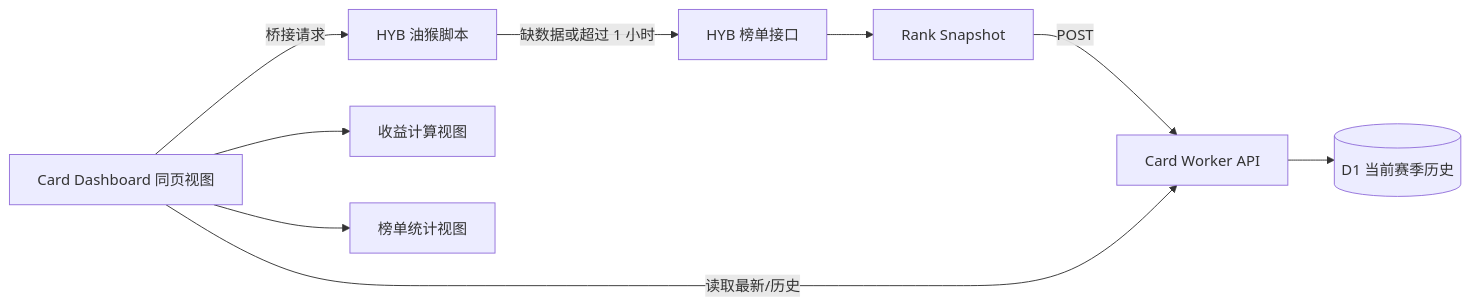
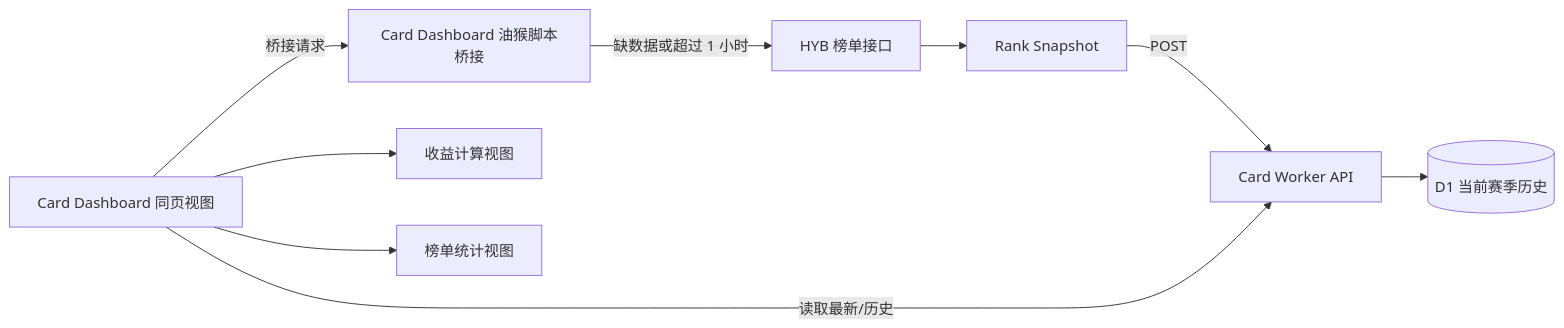
The diagram in docs/superpowers/specs/2026-08-05-card-rankings-design.md (GuDong2003/hyb-card-dashboard), drawn with Mermaid before and after one commit. The commit also changed other lines of this file, not shown here.

Commit message:
docs: restrict ranking sync to card dashboard

````diff
--- a/docs/superpowers/specs/2026-08-05-card-rankings-design.md
+++ b/docs/superpowers/specs/2026-08-05-card-rankings-design.md
@@ -28,11 +29,11 @@
 ```mermaid
 flowchart LR
-    A[HYB 油猴脚本] -->|缺数据或超过 1 小时| B[HYB 榜单接口]
+    A[Card Dashboard 油猴脚本桥接] -->|缺数据或超过 1 小时| B[HYB 榜单接口]
     B --> C[Rank Snapshot]
     C -->|POST| D[Card Worker API]
     D --> E[(D1 当前赛季历史)]
     F[Card Dashboard 同页视图] -->|读取最新/历史| D
     F -->|桥接请求| A
     F --> G[收益计算视图]
     F --> H[榜单统计视图]
 ```
````
